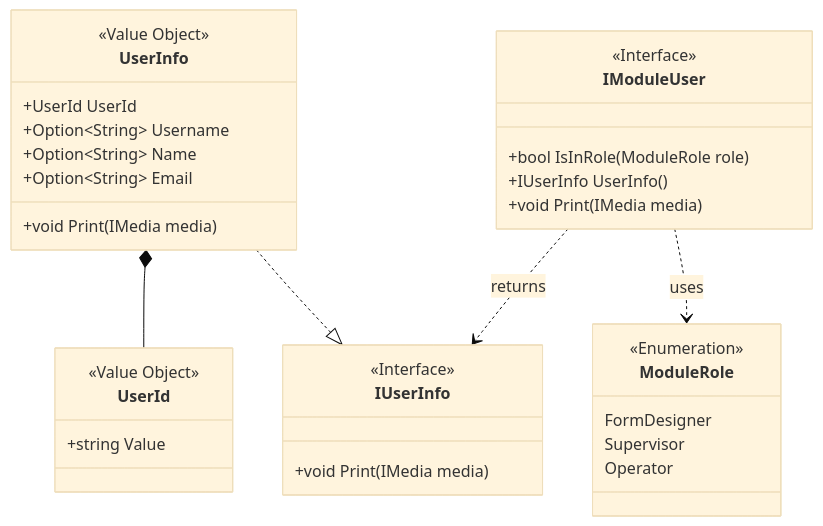
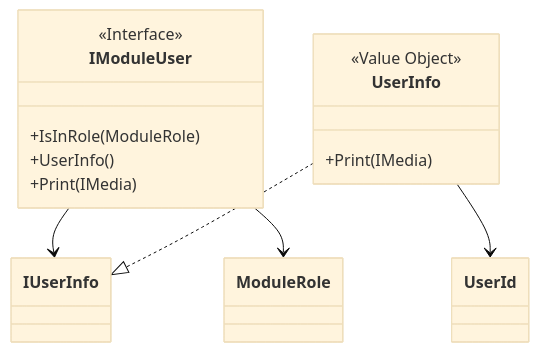
Before and after one commit to FredoqCorp/module-evaluations: the seventh of 7 diagrams in docs/architecture/form-domain-model.md, drawn with Mermaid (base theme). The commit also changed other lines of this file and 15 other files, not shown here.

````diff
--- a/docs/architecture/form-domain-model.md
+++ b/docs/architecture/form-domain-model.md
@@ -336,40 +156,18 @@
 ```mermaid
 classDiagram
-    class UserId {
-        <<Value Object>>
-        +string Value
+    class IModuleUser {
+        <<Interface>>
+        +IsInRole(ModuleRole)
+        +UserInfo()
+        +Print(IMedia)
     }
+    IModuleUser --> IUserInfo
+    IModuleUser --> ModuleRole
 
     class UserInfo {
         <<Value Object>>
-        +UserId UserId
-        +Option~String~ Username
-        +Option~String~ Name
-        +Option~String~ Email
-        +void Print(IMedia media)
+        +Print(IMedia)
     }
-
-    class IUserInfo {
-        <<Interface>>
-        +void Print(IMedia media)
-    }
-
-    class IModuleUser {
-        <<Interface>>
-        +bool IsInRole(ModuleRole role)
-        +IUserInfo UserInfo()
-        +void Print(IMedia media)
-    }
-
-    class ModuleRole {
-        <<Enumeration>>
-        FormDesigner
-        Supervisor
-        Operator
-    }
-
     UserInfo ..|> IUserInfo
-    UserInfo *-- UserId
-    IModuleUser ..> ModuleRole : uses
-    IModuleUser ..> IUserInfo : returns
+    UserInfo --> UserId
 ```
````
